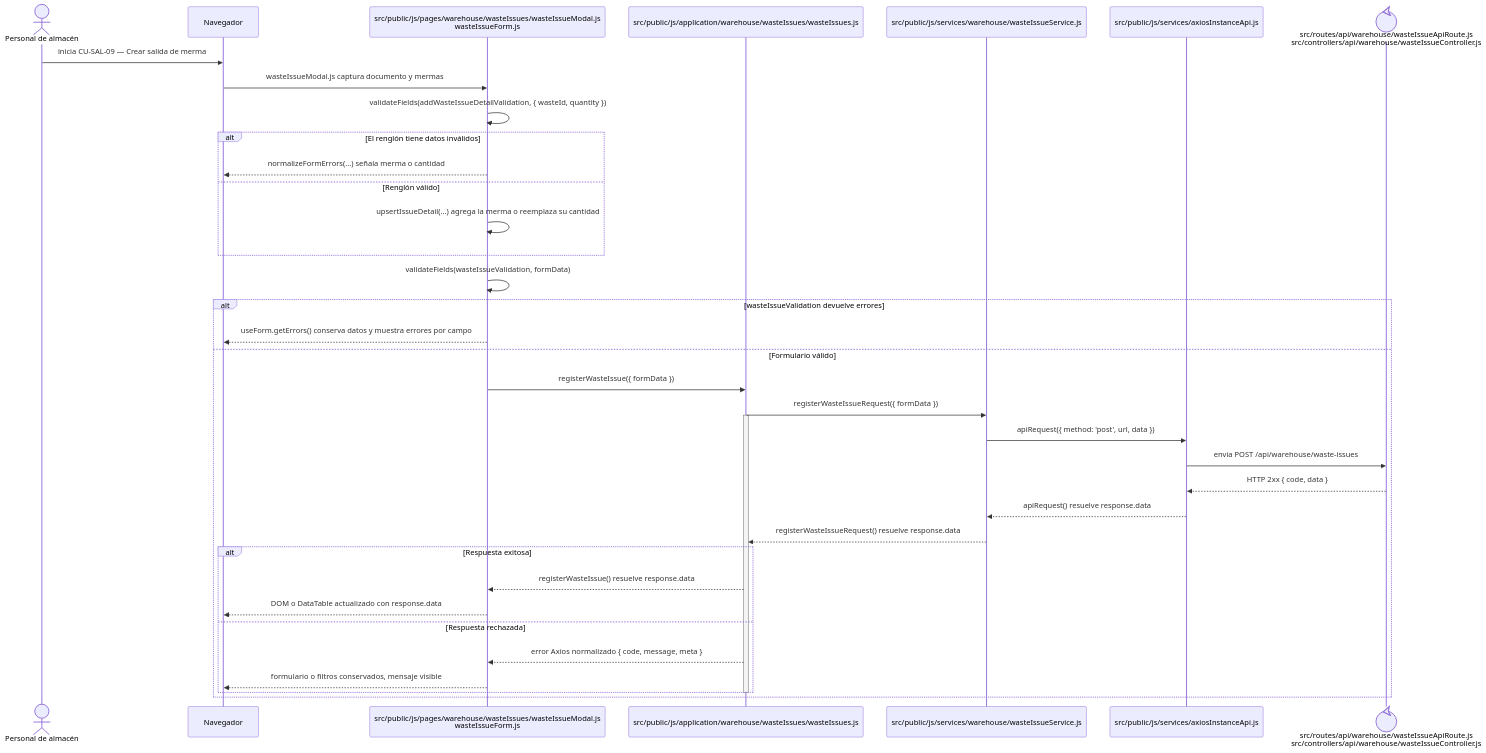
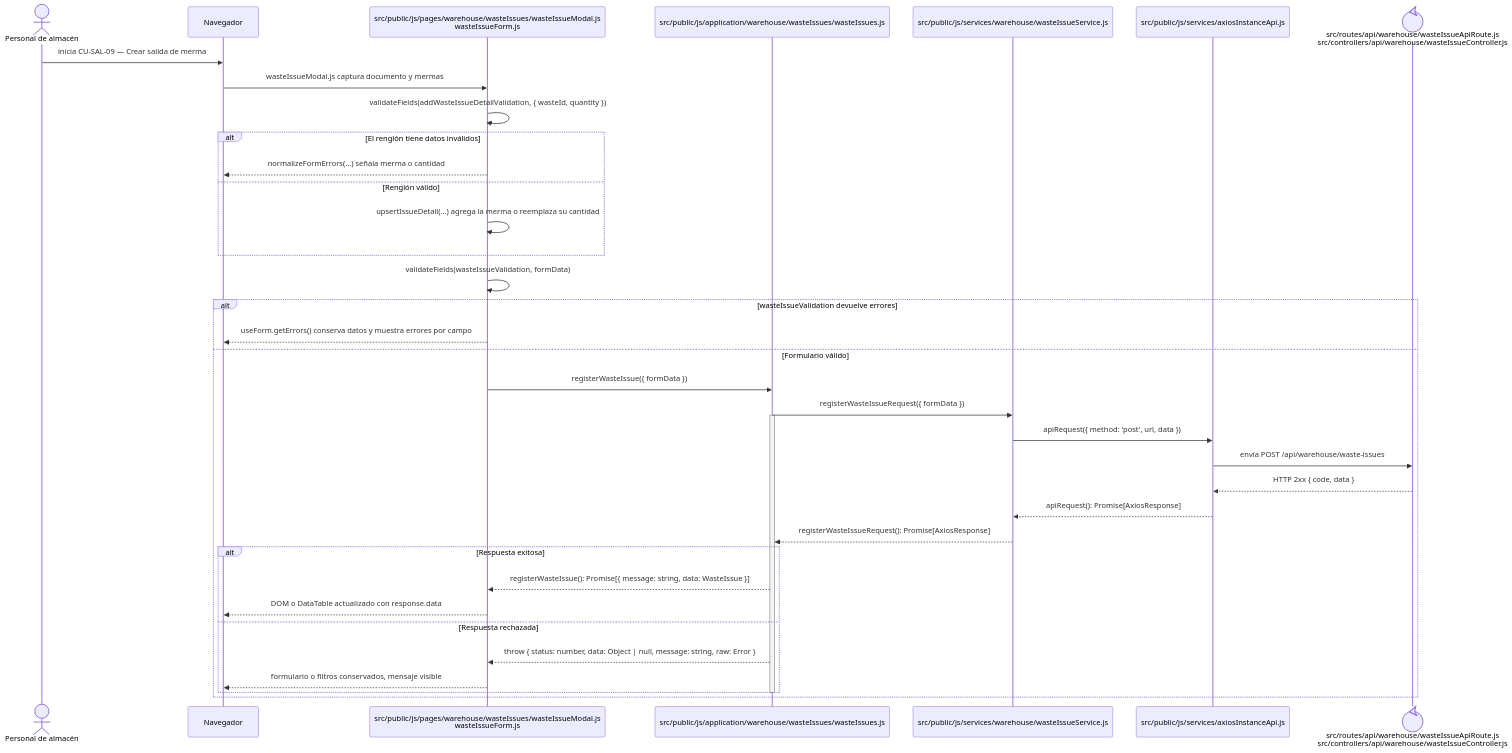
Before and after one commit to gpgsistemas01/nexus: the diagram in docs/architecture/frontend-code-sequences/issues/cu-sal-09.md, drawn with Mermaid. The commit also changed 146 other files, not shown here.

````diff
--- a/docs/architecture/frontend-code-sequences/issues/cu-sal-09.md
+++ b/docs/architecture/frontend-code-sequences/issues/cu-sal-09.md
@@ -6,40 +6,40 @@
 ```mermaid
 sequenceDiagram
     actor Initiator as Personal de almacén
     participant Browser as Navegador
     participant View as src/public/js/pages/warehouse/wasteIssues/wasteIssueModal.js<br/>wasteIssueForm.js
     participant Application as src/public/js/application/warehouse/wasteIssues/wasteIssues.js
     participant Request as src/public/js/services/warehouse/wasteIssueService.js
     participant HTTP as src/public/js/services/axiosInstanceApi.js
     participant Transport@{ "type": "control" } as src/routes/api/warehouse/wasteIssueApiRoute.js<br/>src/controllers/api/warehouse/wasteIssueController.js
 
     Initiator->>Browser: inicia CU-SAL-09 — Crear salida de merma
     Browser->>View: wasteIssueModal.js captura documento y mermas
     View->>View: validateFields(addWasteIssueDetailValidation, { wasteId, quantity })
     alt El renglón tiene datos inválidos
         View-->>Browser: normalizeFormErrors(...) señala merma o cantidad
     else Renglón válido
         View->>View: upsertIssueDetail(...) agrega la merma o reemplaza su cantidad
     end
     View->>View: validateFields(wasteIssueValidation, formData)
     alt wasteIssueValidation devuelve errores
         View-->>Browser: useForm.getErrors() conserva datos y muestra errores por campo
     else Formulario válido
         View->>Application: registerWasteIssue({ formData })
         Application->>Request: registerWasteIssueRequest({ formData })
         activate Application
         Request->>HTTP: apiRequest({ method: 'post', url, data })
         HTTP->>Transport: envía POST /api/warehouse/waste-issues
         Transport-->>HTTP: HTTP 2xx { code, data }
-        HTTP-->>Request: apiRequest() resuelve response.data
-        Request-->>Application: registerWasteIssueRequest() resuelve response.data
+        HTTP-->>Request: apiRequest(): Promise[AxiosResponse]
+        Request-->>Application: registerWasteIssueRequest(): Promise[AxiosResponse]
         alt Respuesta exitosa
-            Application-->>View: registerWasteIssue() resuelve response.data
+            Application-->>View: registerWasteIssue(): Promise[{ message: string, data: WasteIssue }]
             View-->>Browser: DOM o DataTable actualizado con response.data
         else Respuesta rechazada
-            Application-->>View: error Axios normalizado { code, message, meta }
+            Application-->>View: throw { status: number, data: Object | null, message: string, raw: Error }
             View-->>Browser: formulario o filtros conservados, mensaje visible
         end
         deactivate Application
     end
 ```
````
